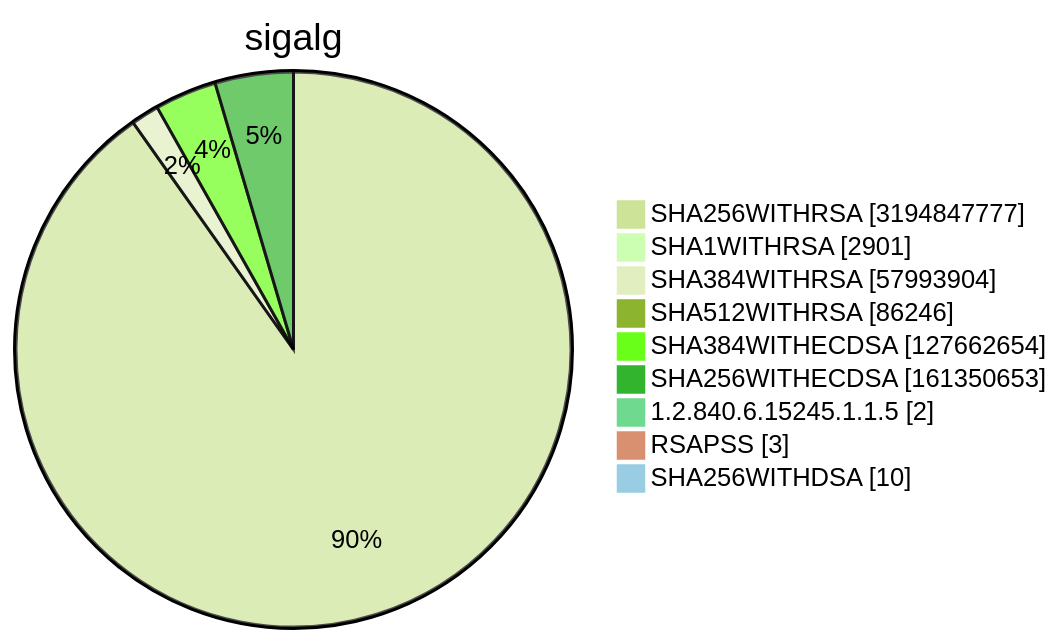
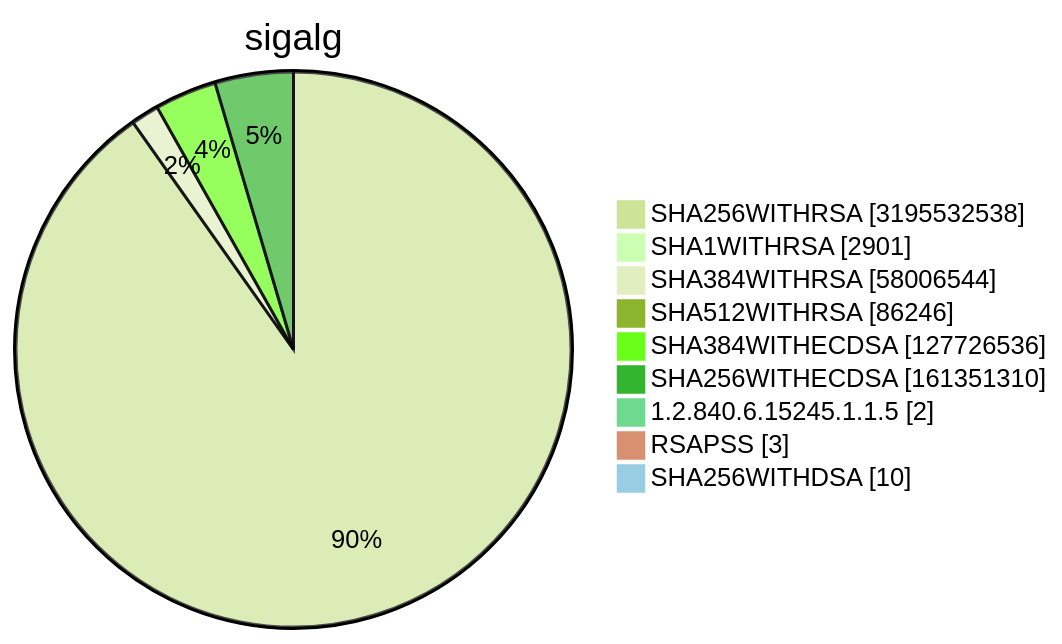
Diagram 15 of 15 in TOTAL/README.md (christiankrug/ctmonitor_visualization), drawn with Mermaid (forest theme) before and after one commit. The commit also changed other lines of this file, not shown here.

````diff
--- a/TOTAL/README.md
+++ b/TOTAL/README.md
@@ -6216,13 +6216,13 @@
 ```mermaid
 pie showData
 title sigalg
-"SHA256WITHRSA" :3194847777
+"SHA256WITHRSA" :3195532538
 "SHA1WITHRSA" :2901
-"SHA384WITHRSA" :57993904
+"SHA384WITHRSA" :58006544
 "SHA512WITHRSA" :86246
-"SHA384WITHECDSA" :127662654
-"SHA256WITHECDSA" :161350653
+"SHA384WITHECDSA" :127726536
+"SHA256WITHECDSA" :161351310
 "1.2.840.6.15245.1.1.5" :2
 "RSAPSS" :3
 "SHA256WITHDSA" :10
 ```
````
